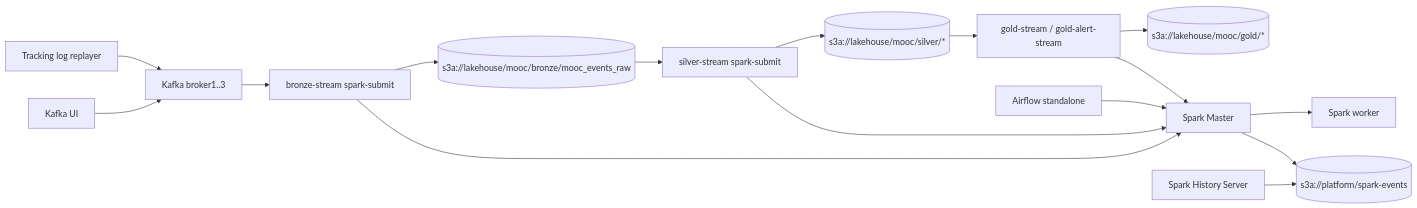
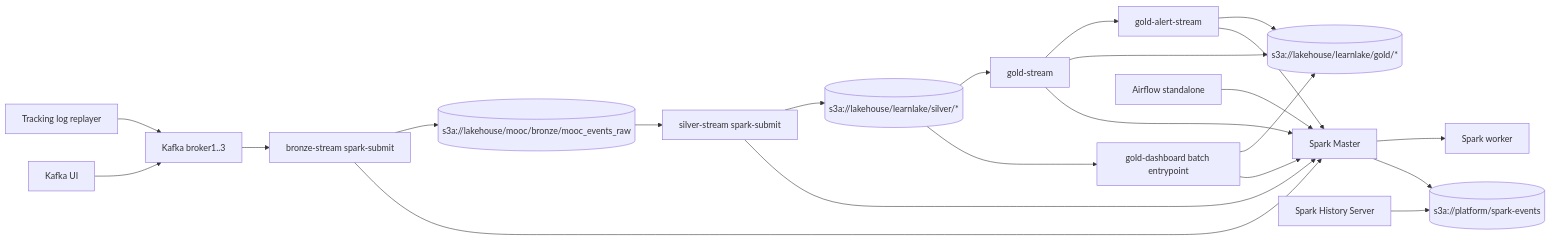
One commit to Cuong102904/LogAnalysisETL changed the diagram in source/docs/runbook.md. Above: the diagram before and after it, drawn with Mermaid. The commit also changed other lines of this file and 63 other files, not shown here.

````diff
--- a/source/docs/runbook.md
+++ b/source/docs/runbook.md
@@ -5,18 +5,24 @@
 ```mermaid
 flowchart LR
   producer[Tracking log replayer] --> kafka[Kafka broker1..3]
   kafka --> bronze[bronze-stream spark-submit]
   bronze --> bronzeDelta[(s3a://lakehouse/mooc/bronze/mooc_events_raw)]
   bronzeDelta --> silver[silver-stream spark-submit]
-  silver --> silverDelta[(s3a://lakehouse/mooc/silver/*)]
-  silverDelta --> gold[gold-stream / gold-alert-stream]
-  gold --> goldDelta[(s3a://lakehouse/mooc/gold/*)]
+  silver --> silverDelta[(s3a://lakehouse/learnlake/silver/*)]
+  silverDelta --> gold[gold-stream]
+  silverDelta --> goldBatch[gold-dashboard batch entrypoint]
+  gold --> goldAlert[gold-alert-stream]
+  gold --> goldDelta[(s3a://lakehouse/learnlake/gold/*)]
+  goldBatch --> goldDelta
+  goldAlert --> goldDelta
   sparkMaster[Spark Master] --> workers[Spark worker]
   bronze --> sparkMaster
   silver --> sparkMaster
   gold --> sparkMaster
+  goldBatch --> sparkMaster
+  goldAlert --> sparkMaster
   airflow[Airflow standalone] --> sparkMaster
   sparkMaster --> events[(s3a://platform/spark-events)]
   history[Spark History Server] --> events
   ui[Kafka UI] --> kafka
 ```
````
